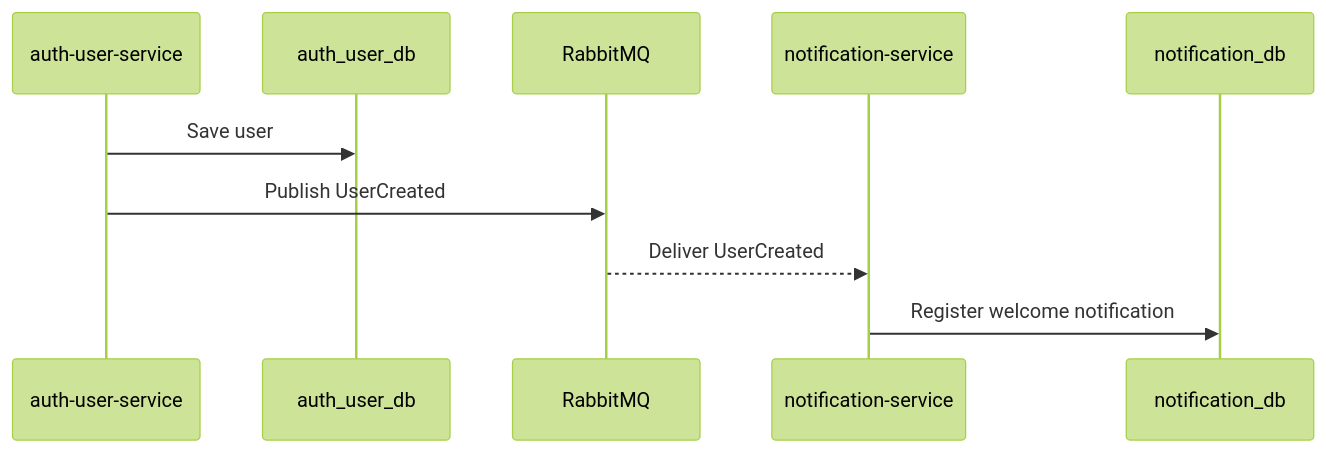
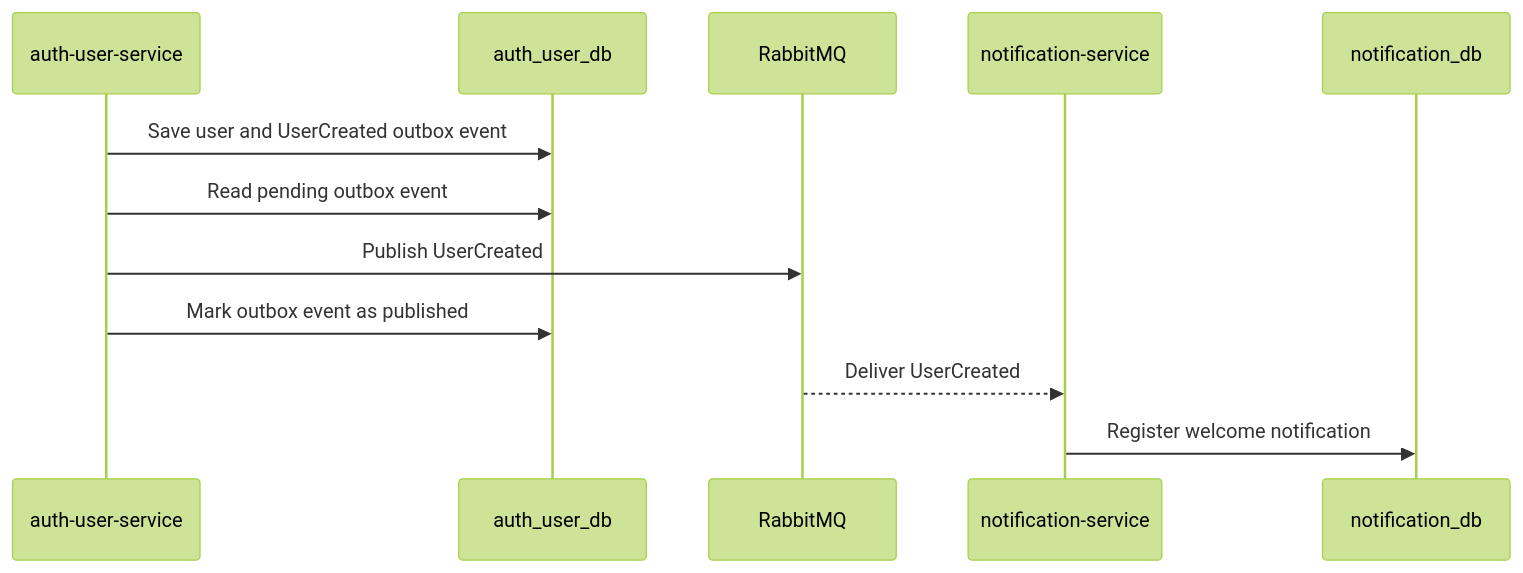
The first of 2 diagrams in docs/hlds/hld-004-event-driven-communication.md (YuriRomao1/ead_plataform), drawn with Mermaid (forest theme) before and after one commit. The commit also changed other lines of this file and 21 other files, not shown here.

Commit message:
feat: align outbox schema with relay

````diff
--- a/docs/hlds/hld-004-event-driven-communication.md
+++ b/docs/hlds/hld-004-event-driven-communication.md
@@ -136,13 +138,15 @@
 ```mermaid
 sequenceDiagram
     participant Auth as auth-user-service
     participant AuthDb as auth_user_db
     participant Broker as RabbitMQ
     participant Notification as notification-service
     participant NotificationDb as notification_db
 
-    Auth->>AuthDb: Save user
+    Auth->>AuthDb: Save user and UserCreated outbox event
+    Auth->>AuthDb: Read pending outbox event
     Auth->>Broker: Publish UserCreated
+    Auth->>AuthDb: Mark outbox event as published
     Broker-->>Notification: Deliver UserCreated
     Notification->>NotificationDb: Register welcome notification
 ```
````
